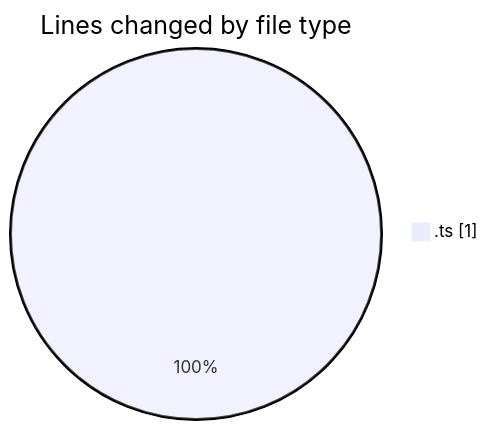
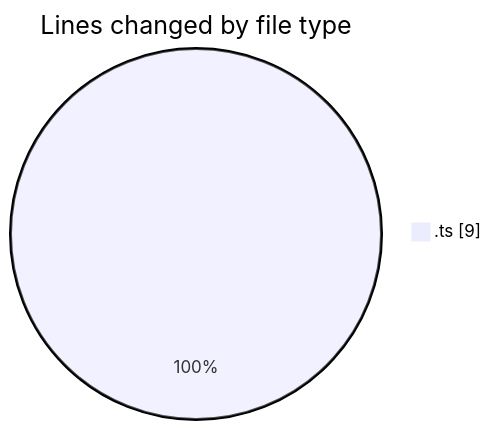
One commit to momahboobian/code-tracking changed the first of 2 diagrams in 2025-07-29/cda/README.md. Above: the diagram before and after it, drawn with Mermaid. The commit also changed other lines of this file and 1 other file, not shown here.

````diff
--- a/2025-07-29/cda/README.md
+++ b/2025-07-29/cda/README.md
@@ -20,5 +21,5 @@
 ```mermaid
 pie showData
 title Lines changed by file type
-".ts" : 1
+".ts" : 9
 ```
````
